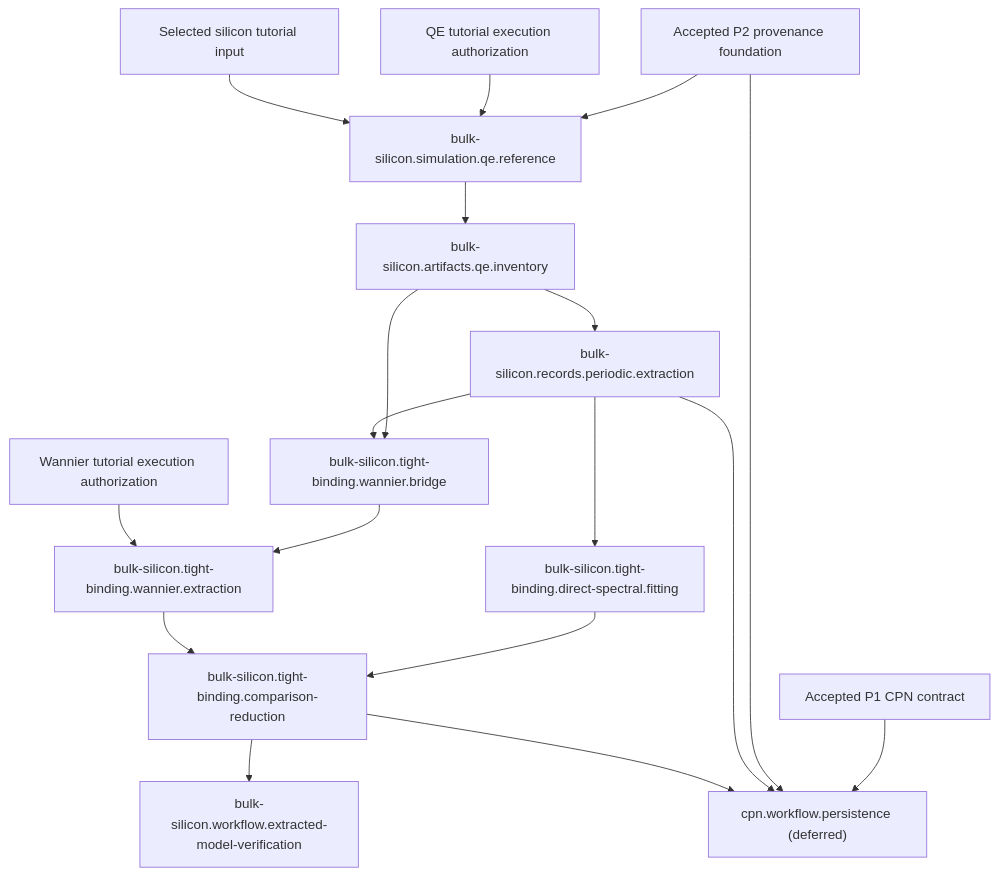
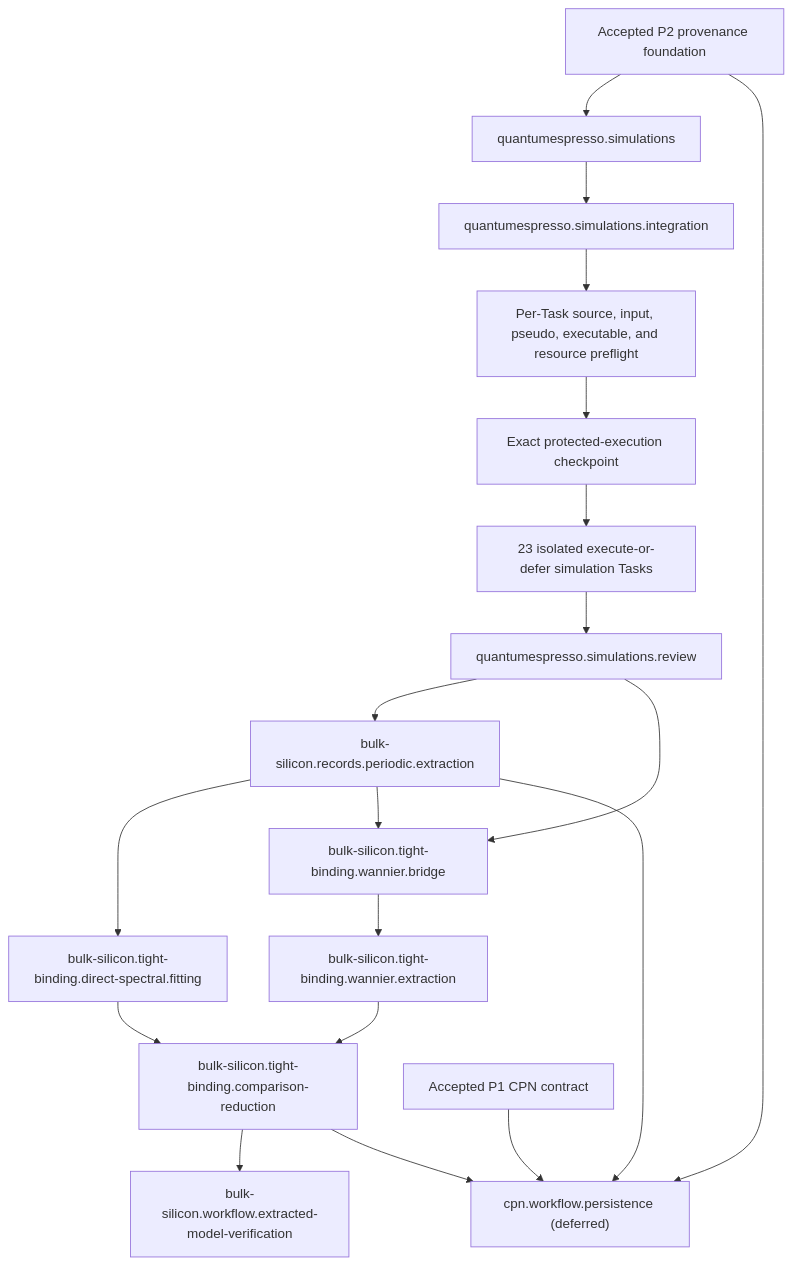
The diagram in docs/computational/ksdft2effmass.computational.bootstrap.md (eragasa/ksdft2effmass), drawn with Mermaid before and after one commit. The commit also changed other lines of this file and 62 other files, not shown here.

Commit message:
plan(qe): define tutorial simulation campaign

````diff
--- a/docs/computational/ksdft2effmass.computational.bootstrap.md
+++ b/docs/computational/ksdft2effmass.computational.bootstrap.md
@@ -68,35 +69,37 @@
 ```mermaid
 flowchart TD
     P2["Accepted P2 provenance foundation"]
-    QEAuth["QE tutorial execution authorization"]
-    Input["Selected silicon tutorial input"]
-    QE["bulk-silicon.simulation.qe.reference"]
-    Inventory["bulk-silicon.artifacts.qe.inventory"]
+    Campaign["quantumespresso.simulations"]
+    Integration["quantumespresso.simulations.integration"]
+    Preflight["Per-Task source, input, pseudo, executable, and resource preflight"]
+    Auth["Exact protected-execution checkpoint"]
+    Children["23 isolated execute-or-defer simulation Tasks"]
+    Review["quantumespresso.simulations.review"]
     Records["bulk-silicon.records.periodic.extraction"]
     Direct["bulk-silicon.tight-binding.direct-spectral.fitting"]
     Bridge["bulk-silicon.tight-binding.wannier.bridge"]
-    WAuth["Wannier tutorial execution authorization"]
     Wannier["bulk-silicon.tight-binding.wannier.extraction"]
     Compare["bulk-silicon.tight-binding.comparison-reduction"]
     Verify["bulk-silicon.workflow.extracted-model-verification"]
     P1["Accepted P1 CPN contract"]
     CPN["cpn.workflow.persistence (deferred)"]
 
-    P2 --> QE
-    QEAuth --> QE
-    Input --> QE
-    QE --> Inventory
-    Inventory --> Records
+    P2 --> Campaign
+    Campaign --> Integration
+    Integration --> Preflight
+    Preflight --> Auth
+    Auth --> Children
+    Children --> Review
+    Review --> Records
     Records --> Direct
-    Inventory --> Bridge
+    Review --> Bridge
     Records --> Bridge
     Bridge --> Wannier
-    WAuth --> Wannier
     Direct --> Compare
     Wannier --> Compare
     Compare --> Verify
     P1 --> CPN
     P2 --> CPN
     Records --> CPN
     Compare --> CPN
 ```
````
